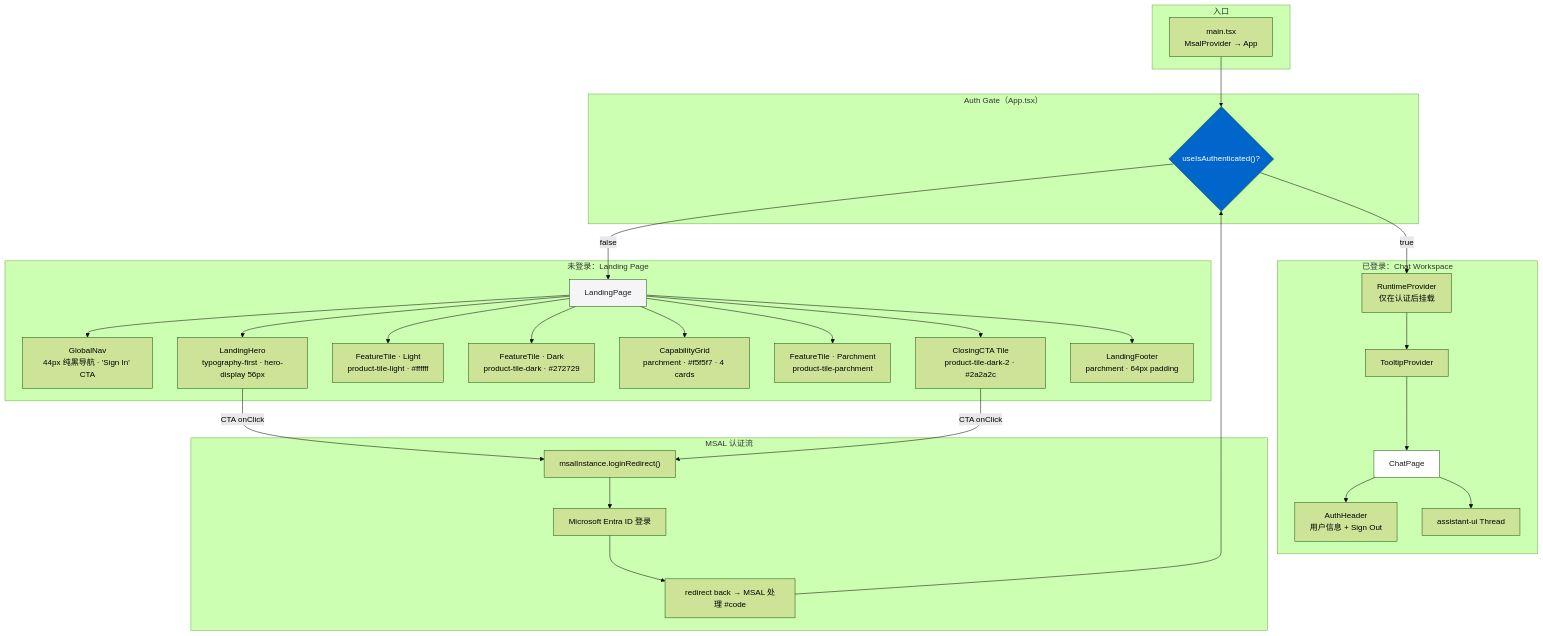
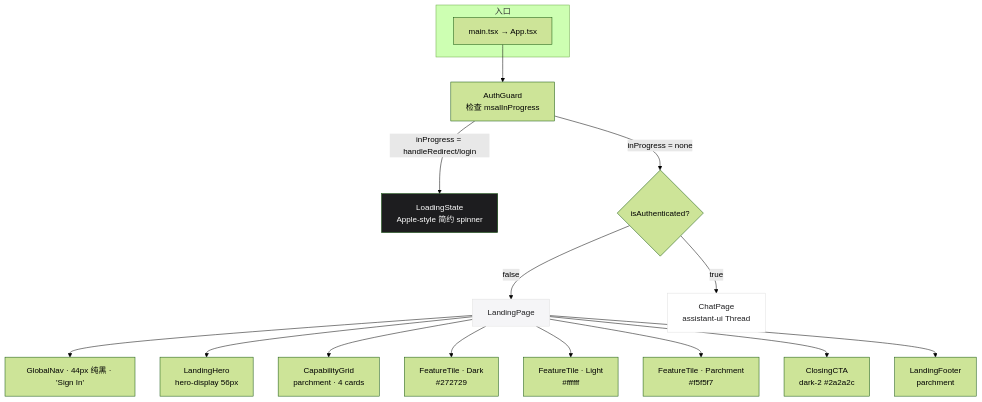
The first of 3 diagrams in personal-assistant-meta/issues/features/feature-landing-page/issue.md (git-malu/personal-assistant), drawn with Mermaid (forest theme) before and after one commit. The commit also changed other lines of this file, not shown here.

First line of the commit message:
Revise Landing Page design document with clarified scope and AuthGuard architecture

````diff
--- a/personal-assistant-meta/issues/features/feature-landing-page/issue.md
+++ b/personal-assistant-meta/issues/features/feature-landing-page/issue.md
@@ -37,58 +49,28 @@
 ```mermaid
 flowchart TB
     subgraph Entry["入口"]
-        MAIN["main.tsx<br/>MsalProvider → App"]
+        MAIN["main.tsx → App.tsx"]
     end
 
-    subgraph AuthGate["Auth Gate（App.tsx）"]
-        AUTH{"useIsAuthenticated()?"}
-    end
+    MAIN --> GUARD["AuthGuard<br/>检查 msalInProgress"]
 
-    subgraph Unauthenticated["未登录：Landing Page"]
-        LP["LandingPage"]
-        NAV1["GlobalNav<br/>44px 纯黑导航 · 'Sign In' CTA"]
-        HERO["LandingHero<br/>typography-first · hero-display 56px"]
-        FT_LIGHT["FeatureTile · Light<br/>product-tile-light · #ffffff"]
-        FT_DARK["FeatureTile · Dark<br/>product-tile-dark · #272729"]
-        GRID["CapabilityGrid<br/>parchment · #f5f5f7 · 4 cards"]
-        FT_PARCH["FeatureTile · Parchment<br/>product-tile-parchment"]
-        CTA_TILE["ClosingCTA Tile<br/>product-tile-dark-2 · #2a2a2c"]
-        FOOTER["LandingFooter<br/>parchment · 64px padding"]
-    end
+    GUARD -->|"inProgress = handleRedirect/login"| LOADING["LoadingState<br/>Apple-style 简约 spinner"]
 
-    subgraph Authenticated["已登录：Chat Workspace"]
-        RP["RuntimeProvider<br/>仅在认证后挂载"]
-        TP["TooltipProvider"]
-        CP["ChatPage"]
-        NAV2["AuthHeader<br/>用户信息 + Sign Out"]
-        THREAD["assistant-ui Thread"]
-    end
+    GUARD -->|"inProgress = none"| AUTH{"isAuthenticated?"}
 
-    subgraph AuthFlow["MSAL 认证流"]
-        LOGIN["msalInstance.loginRedirect()"]
-        ENTRA["Microsoft Entra ID 登录"]
-        CALLBACK["redirect back → MSAL 处理 #code"]
-    end
+    AUTH -->|"false"| LP["LandingPage"]
+    AUTH -->|"true"| CP["ChatPage<br/>assistant-ui Thread"]
 
-    MAIN --> AUTH
-    AUTH -->|"false"| LP
-    AUTH -->|"true"| RP
-    LP --> NAV1
-    LP --> HERO
-    LP --> FT_LIGHT
-    LP --> FT_DARK
-    LP --> GRID
-    LP --> FT_PARCH
-    LP --> CTA_TILE
-    LP --> FOOTER
-    HERO -->|"CTA onClick"| LOGIN
-    CTA_TILE -->|"CTA onClick"| LOGIN
-    LOGIN --> ENTRA --> CALLBACK --> AUTH
-    RP --> TP --> CP
-    CP --> NAV2
-    CP --> THREAD
+    LP --> NAV1["GlobalNav · 44px 纯黑 · 'Sign In'"]
+    LP --> HERO["LandingHero<br/>hero-display 56px"]
+    LP --> GRID["CapabilityGrid<br/>parchment · 4 cards"]
+    LP --> FT_DARK["FeatureTile · Dark<br/>#272729"]
+    LP --> FT_LIGHT["FeatureTile · Light<br/>#ffffff"]
+    LP --> FT_PARCH["FeatureTile · Parchment<br/>#f5f5f7"]
+    LP --> CTA_TILE["ClosingCTA<br/>dark-2 #2a2a2c"]
+    LP --> FOOTER["LandingFooter<br/>parchment"]
 
-    style AUTH fill:#0066cc,color:#fff
-    style LP fill:#f5f5f7,color:#1d1d1f
-    style CP fill:#ffffff,color:#1d1d1f
+    style LOADING fill:#1d1d1f,color:#fff
+    style LP fill:#f5f5f7,color:#1d1d1f,stroke:#e0e0e0
+    style CP fill:#ffffff,color:#1d1d1f,stroke:#e0e0e0
 ```
````
